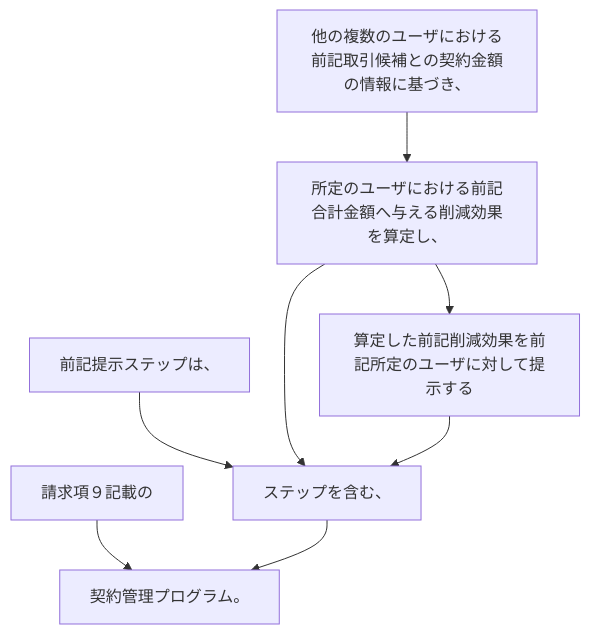
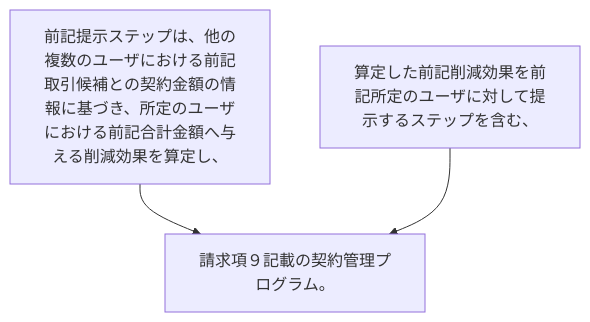
The diagram in 2024/JP2024014095A/claim_12/README.md (shinmori55/patent_analyzed), drawn with Mermaid before and after one commit. The commit also changed 27 other files, not shown here.

````diff
--- a/2024/JP2024014095A/claim_12/README.md
+++ b/2024/JP2024014095A/claim_12/README.md
@@ -3,18 +3,8 @@
 ```mermaid
 flowchart TD
-A[前記提示ステップは、]
-B[他の複数のユーザにおける前記取引候補との契約金額の情報に基づき、]
-C[所定のユーザにおける前記合計金額へ与える削減効果を算定し、]
-D[算定した前記削減効果を前記所定のユーザに対して提示する]
-E[ステップを含む、]
-F[請求項９記載の]
-G[契約管理プログラム。]
-
-A --> E
+A[前記提示ステップは、他の複数のユーザにおける前記取引候補との契約金額の情報に基づき、所定のユーザにおける前記合計金額へ与える削減効果を算定し、]
+B[算定した前記削減効果を前記所定のユーザに対して提示するステップを含む、]
+C[請求項９記載の契約管理プログラム。]
+A --> C
 B --> C
-C --> D
-C --> E
-D --> E
-F --> G
-E --> G
 ```
````
